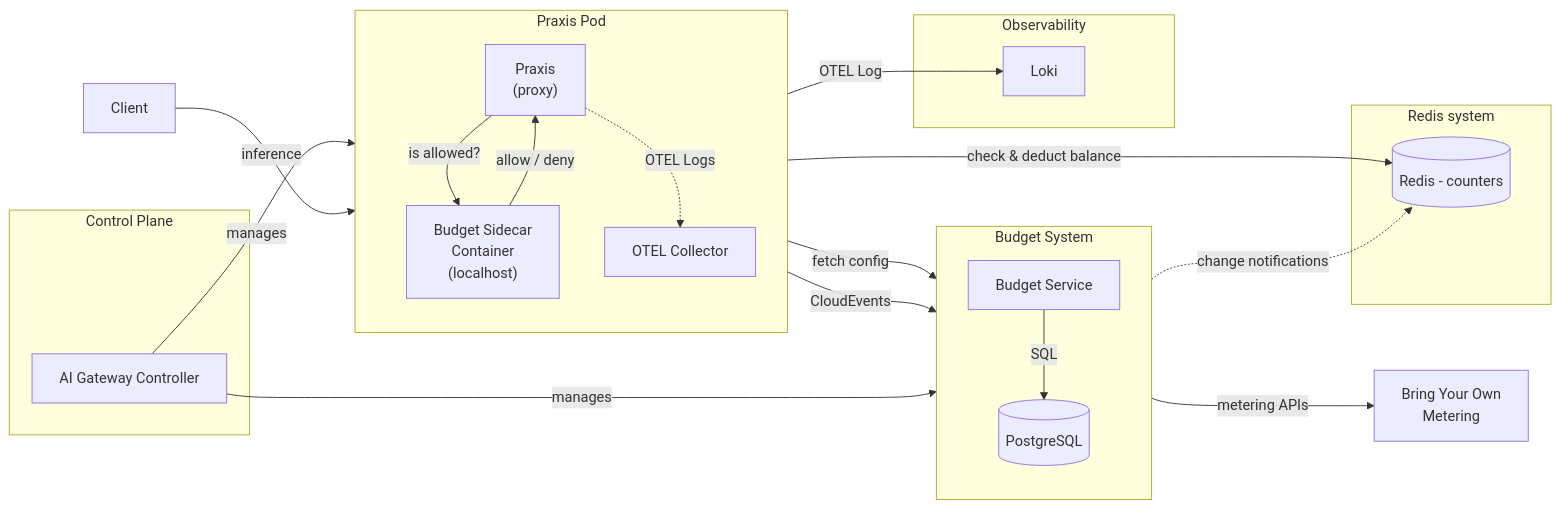
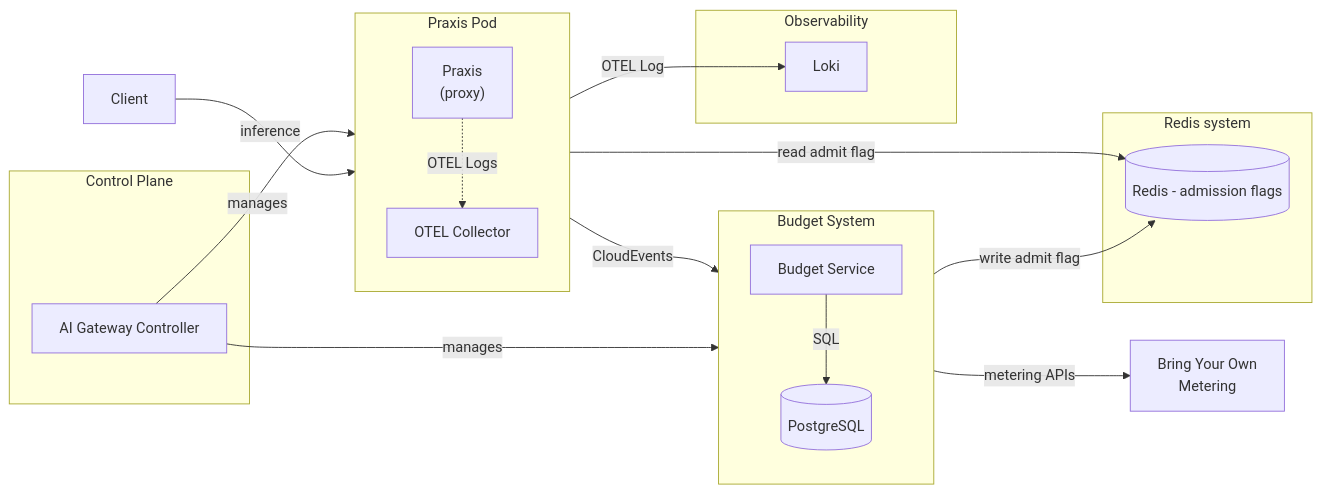
One commit to opendatahub-io/architecture-decision-records changed the first of 3 diagrams in architecture-decision-records/ai-gateway/ODH-ADR-0001-Tokenomics.md. Above: the diagram before and after it, drawn with Mermaid. The commit also changed other lines of this file, not shown here.

First line of the commit message:
docs: replace sidecar budget checks with a Redis admission flag

````diff
--- a/architecture-decision-records/ai-gateway/ODH-ADR-0001-Tokenomics.md
+++ b/architecture-decision-records/ai-gateway/ODH-ADR-0001-Tokenomics.md
@@ -55,38 +55,34 @@
 ```mermaid
 flowchart LR
  subgraph redis_system["Redis system"]
-        redis[("Redis - counters")]
+        redis[("Redis - admission flags")]
   end
  subgraph praxis_pod["Praxis Pod"]
     direction TB
         praxis["Praxis<br>(proxy)"]
-        sidecar["Budget Sidecar<br>Container<br>(localhost)"]
         otel_collector["OTEL Collector"]
   end
  subgraph control_plane["Control Plane"]
         aigc["AI Gateway Controller"]
  end
  subgraph budget_system["Budget System"]
     direction TB
         postgres[("PostgreSQL")]
         budget_service["Budget Service"]
  end
  subgraph obs["Observability"]
         loki["Loki"]
  end
 
     aigc -- manages --> praxis_pod
     aigc -- manages --> budget_system
-    praxis -- is allowed? --> sidecar
-    sidecar -- check & deduct balance --> redis
-    sidecar -- allow / deny --> praxis
+    praxis -- read admit flag --> redis
     praxis -. OTEL Logs .-> otel_collector
     budget_service -- SQL --> postgres
     client["Client"] -- inference --> praxis
 
     otel_collector -- CloudEvents --> budget_service
     otel_collector -- OTEL Log --> loki
-    budget_service -. change notifications .-> redis
-    sidecar -- fetch config --> budget_service
+    budget_service -- write admit flag --> redis
     budget_service -- metering APIs --> byom["Bring Your Own<br>Metering"]
 ```
````
